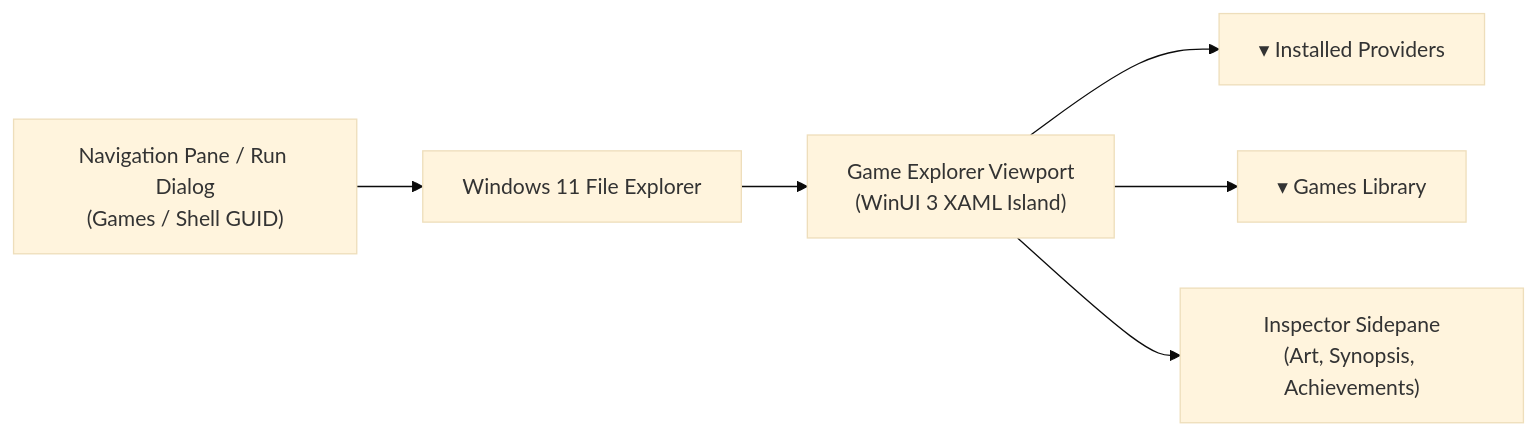
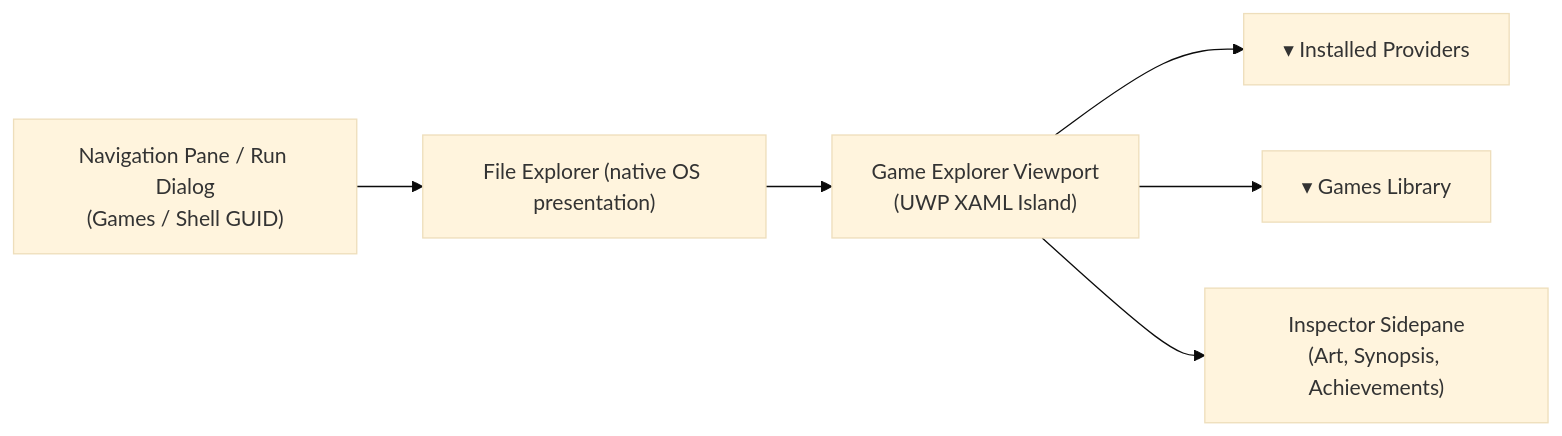
The diagram in docs/quick-start.md (HELIX-Origin/windows-game-explorer), drawn with Mermaid (base theme) before and after one commit. The commit also changed other lines of this file and 35 other files, not shown here.

Commit message:
feat(m18-m19): explorer watcher/loader, preload worker optimization, Windows 10/11 compatibility

````diff
--- a/docs/quick-start.md
+++ b/docs/quick-start.md
@@ -38,8 +38,8 @@
 ```mermaid
 flowchart LR
-    Start["Navigation Pane / Run Dialog<br/>(Games / Shell GUID)"] --> Explorer["Windows 11 File Explorer"]
-    Explorer --> Viewport["Game Explorer Viewport<br/>(WinUI 3 XAML Island)"]
+    Start["Navigation Pane / Run Dialog<br/>(Games / Shell GUID)"] --> Explorer["File Explorer (native OS presentation)"]
+    Explorer --> Viewport["Game Explorer Viewport<br/>(UWP XAML Island)"]
     Viewport --> Providers["▾ Installed Providers"]
     Viewport --> Games["▾ Games Library"]
     Viewport --> Sidepane["Inspector Sidepane<br/>(Art, Synopsis, Achievements)"]
 ```
````
